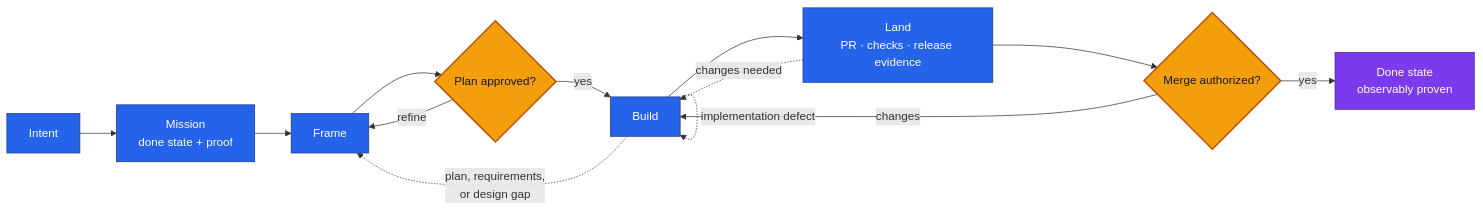
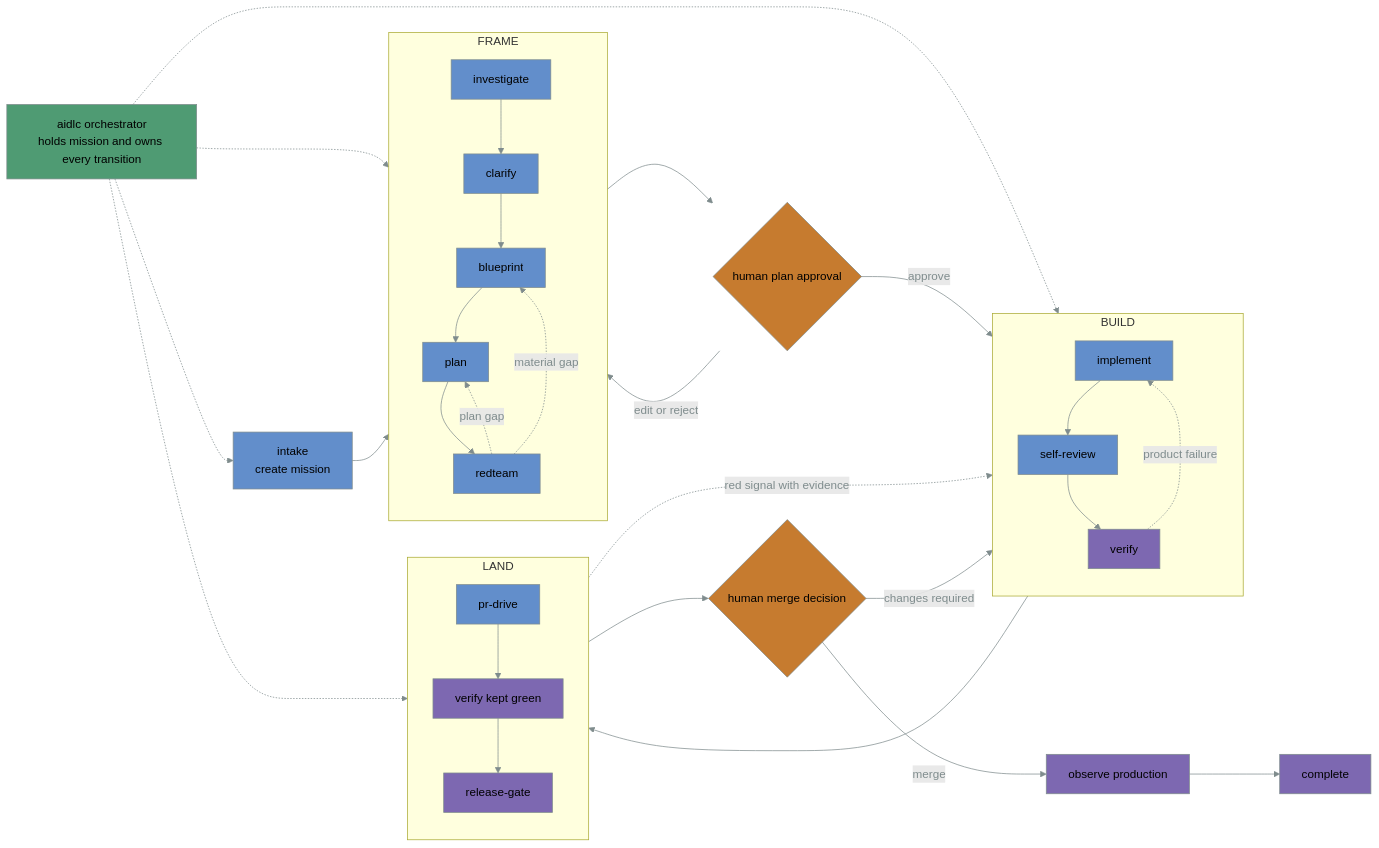
The diagram in README.md (thrrive/nightshift-aidlc), drawn with Mermaid before and after one commit. The commit also changed other lines of this file, not shown here.

Commit message:
docs: reuse the canonical lifecycle diagram

````diff
--- a/README.md
+++ b/README.md
@@ -36,22 +36,44 @@
 ```mermaid
 flowchart LR
-    I["Intent"] --> M["Mission<br/>done state + proof"]
-    M --> F["Frame"]
-    F --> PG{"Plan approved?"}
-    PG -- "refine" --> F
-    PG -- "yes" --> B["Build"]
-    B --> L["Land<br/>PR · checks · release evidence"]
-    B -.->|plan, requirements,<br/>or design gap| F
-    B -.->|implementation defect| B
-    L --> MG{"Merge authorized?"}
-    L -.->|changes needed| B
-    MG -- "changes" --> B
-    MG -- "yes" --> D["Done state<br/>observably proven"]
-
-    classDef human fill:#f59e0b,color:#111827,stroke:#b45309,stroke-width:2px
-    classDef work fill:#2563eb,color:#ffffff,stroke:#1e3a8a
-    classDef proof fill:#7c3aed,color:#ffffff,stroke:#4c1d95
-    class PG,MG human
-    class I,M,F,B,L work
-    class D proof
+    AIDLC["aidlc orchestrator<br/>holds mission and owns every transition"]
+    IN["intake<br/>create mission"]
+    subgraph FR["FRAME"]
+        direction TB
+        FI["investigate"] --> FC["clarify"] --> FB["blueprint"] --> FP["plan"] --> FRT["redteam"]
+        FRT -.->|material gap| FB
+        FRT -.->|plan gap| FP
+    end
+    PG{"human plan approval"}
+    subgraph BU["BUILD"]
+        direction TB
+        BI["implement"] --> BS["self-review"] --> BV["verify"]
+        BV -.->|product failure| BI
+    end
+    subgraph LA["LAND"]
+        direction TB
+        LP["pr-drive"] --> LV["verify kept green"] --> LG["release-gate"]
+    end
+    MG{"human merge decision"}
+    OB["observe production"]
+    DN["complete"]
+    AIDLC -.-> IN
+    AIDLC -.-> FR
+    AIDLC -.-> BU
+    AIDLC -.-> LA
+    IN --> FR --> PG
+    PG -->|approve| BU
+    PG -->|edit or reject| FR
+    BU --> LA --> MG
+    LA -.->|red signal with evidence| BU
+    MG -->|merge| OB --> DN
+    MG -->|changes required| BU
+    classDef orchestrator fill:#4f9b73,color:#000000,stroke:#7f8c8d
+    classDef phase fill:#628ecb,color:#000000,stroke:#7f8c8d
+    classDef gate fill:#c67b2f,color:#000000,stroke:#7f8c8d
+    classDef evidence fill:#7d68b1,color:#000000,stroke:#7f8c8d
+    class AIDLC orchestrator
+    class IN,FI,FC,FB,FP,FRT,BI,BS,LP phase
+    class PG,MG gate
+    class BV,LV,LG,OB,DN evidence
+    linkStyle default stroke:#7f8c8d,color:#7f8c8d
 ```
````
